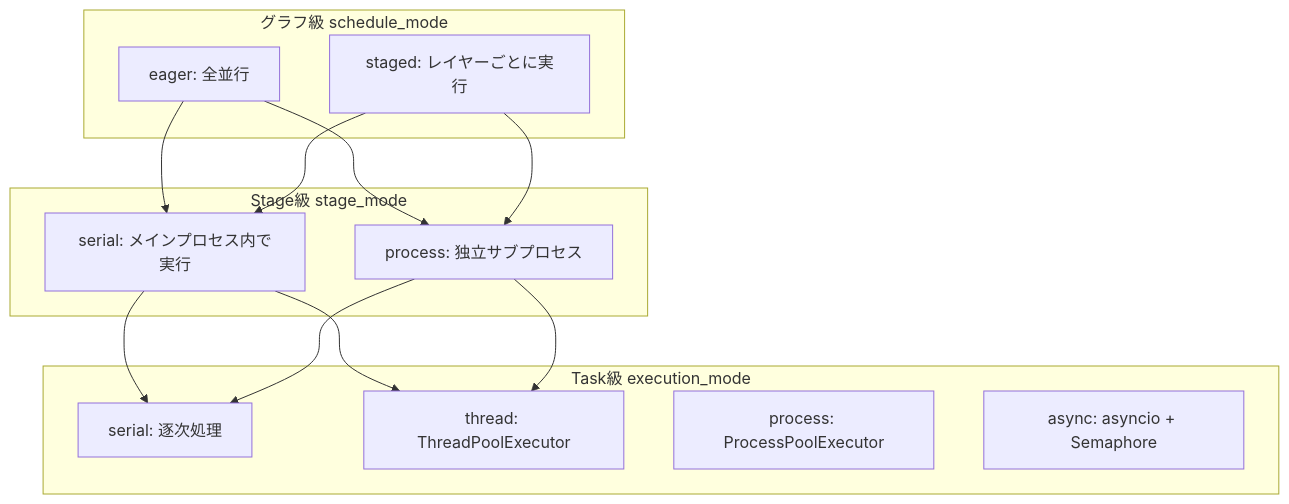
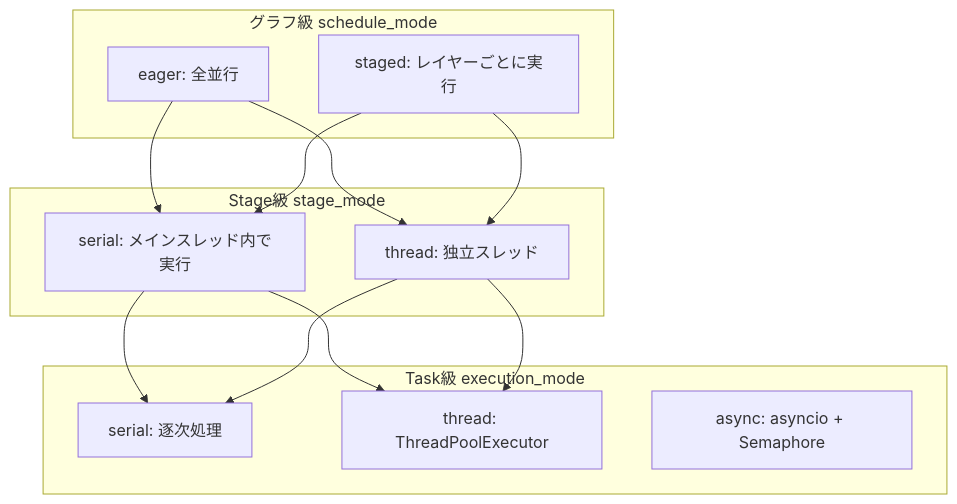
The fourth of 9 diagrams in docs/ja/presentation.md (Mr-xiaotian/CelestialFlow), drawn with Mermaid before and after one commit. The commit also changed other lines of this file and 176 other files, not shown here.

````diff
--- a/docs/ja/presentation.md
+++ b/docs/ja/presentation.md
@@ -221,28 +221,27 @@
 ```mermaid
 graph TD
     subgraph グラフ級 schedule_mode
         A[eager: 全並行]
         B[staged: レイヤーごとに実行]
     end
 
     subgraph Stage級 stage_mode
-        C[serial: メインプロセス内で実行]
-        D[process: 独立サブプロセス]
+        C[serial: メインスレッド内で実行]
+        D[thread: 独立スレッド]
     end
 
     subgraph Task級 execution_mode
         E[serial: 逐次処理]
         F[thread: ThreadPoolExecutor]
-        G[process: ProcessPoolExecutor]
         H[async: asyncio + Semaphore]
     end
 
     A --> C
     A --> D
     B --> C
     B --> D
     C --> E
     C --> F
     D --> E
     D --> F
 ```
````
